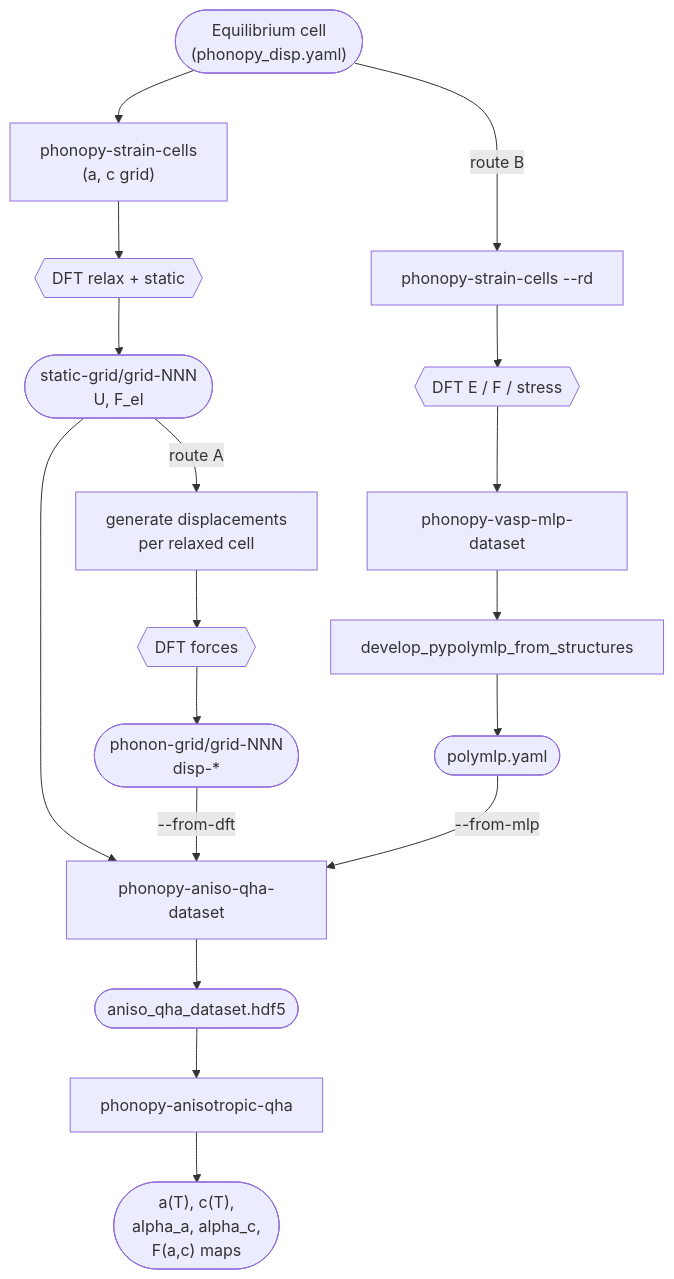
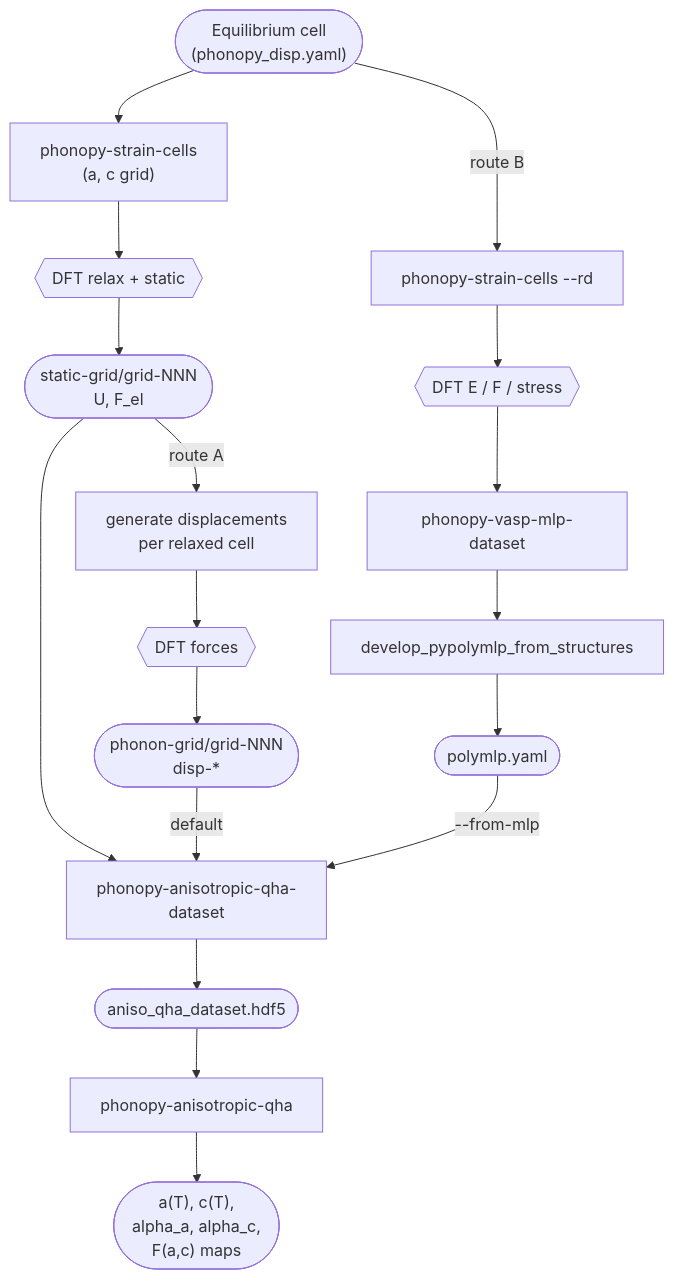
Before and after one commit to phonopy/phonopy: the diagram in doc/anisotropic-qha.md, drawn with Mermaid. The commit also changed other lines of this file and 4 other files, not shown here.

Commit message:
Rename phonopy-ansio-qha-dataset to phonopy-anisotropic-qha-dataset

````diff
--- a/doc/anisotropic-qha.md
+++ b/doc/anisotropic-qha.md
@@ -66,26 +66,26 @@
 ```{mermaid}
 flowchart TD
     EQ(["Equilibrium cell<br/>(phonopy_disp.yaml)"])
 
     EQ --> SC["phonopy-strain-cells<br/>(a, c grid)"]
     SC --> RELAX{{"DFT relax + static"}}
     RELAX --> SGRID(["static-grid/grid-NNN<br/>U, F_el"])
 
     SGRID -->|"route A"| PD["generate displacements<br/>per relaxed cell"]
     PD --> DFTF{{"DFT forces"}}
     DFTF --> PGRID(["phonon-grid/grid-NNN<br/>disp-*"])
 
     EQ -->|"route B"| SCT["phonopy-strain-cells --rd"]
     SCT --> DFTT{{"DFT E / F / stress"}}
     DFTT --> MLPDS["phonopy-vasp-mlp-dataset"]
     MLPDS --> DEV["develop_pypolymlp_from_structures"]
     DEV --> MLP(["polymlp.yaml"])
 
-    SGRID --> BUILD["phonopy-aniso-qha-dataset"]
-    PGRID -->|"--from-dft"| BUILD
+    SGRID --> BUILD["phonopy-anisotropic-qha-dataset"]
+    PGRID -->|"default"| BUILD
     MLP -->|"--from-mlp"| BUILD
     BUILD --> DS(["aniso_qha_dataset.hdf5"])
 
     DS --> ANA["phonopy-anisotropic-qha"]
     ANA --> RES(["a(T), c(T),<br/>alpha_a, alpha_c,<br/>F(a,c) maps"])
 ```
````
